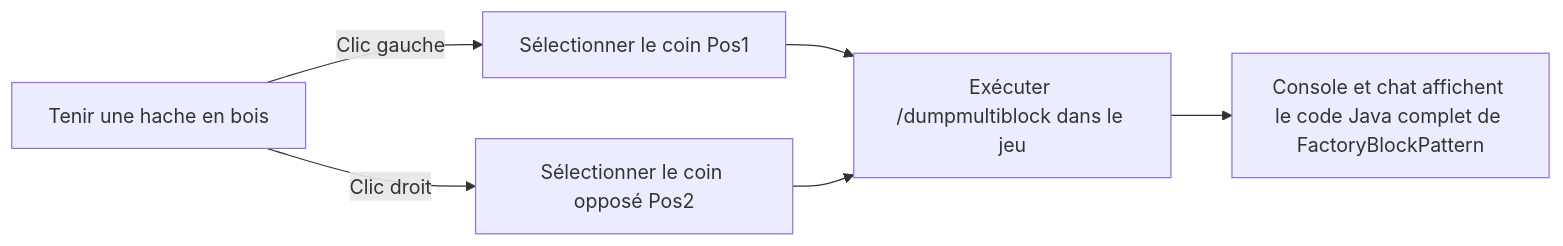
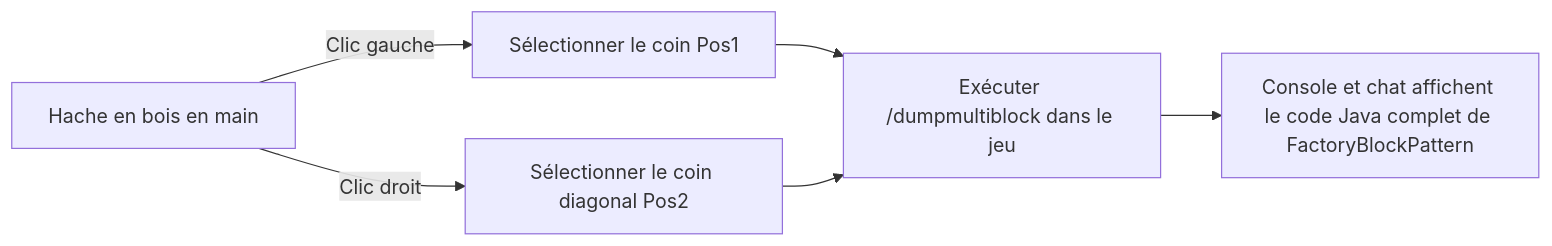
The diagram in docs/fr/kubejs/tools-and-utilities.md (takanashisatou/GregtechEasy), drawn with Mermaid before and after one commit. The commit also changed other lines of this file and 138 other files, not shown here.

````diff
--- a/docs/fr/kubejs/tools-and-utilities.md
+++ b/docs/fr/kubejs/tools-and-utilities.md
@@ -13,7 +13,7 @@
 ```mermaid
 graph LR
-    A[Tenir une hache en bois] -->|Clic gauche| B[Sélectionner le coin Pos1]
-    A -->|Clic droit| C[Sélectionner le coin opposé Pos2]
+    A[Hache en bois en main] -->|Clic gauche| B[Sélectionner le coin Pos1]
+    A -->|Clic droit| C[Sélectionner le coin diagonal Pos2]
     B & C --> D[Exécuter /dumpmultiblock dans le jeu]
     D --> E[Console et chat affichent le code Java complet de FactoryBlockPattern]
 ```
````
